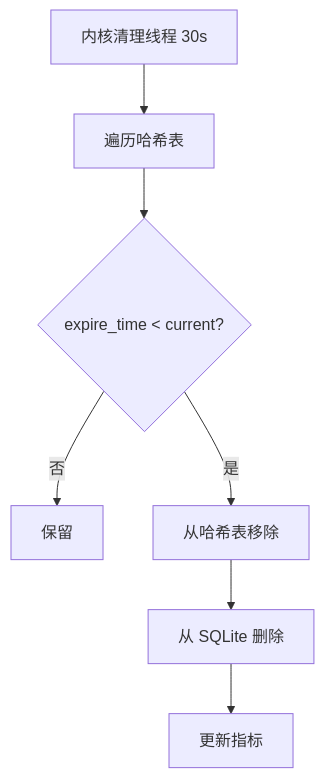
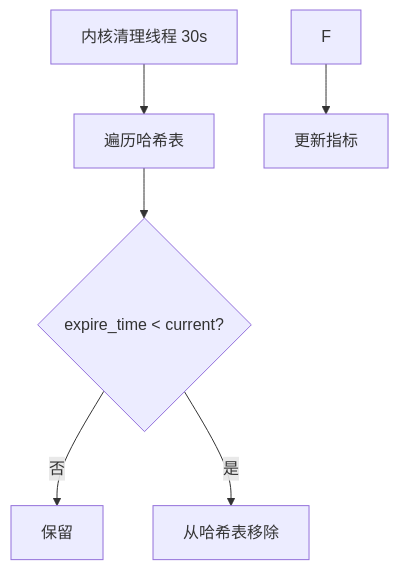
Before and after one commit to SnowCore8/linux-firewall-kmod: the fourth of 7 diagrams in docs/zh/architecture/data-flow.md, drawn with Mermaid. The commit also changed other lines of this file and 39 other files, not shown here.

````diff
--- a/docs/zh/architecture/data-flow.md
+++ b/docs/zh/architecture/data-flow.md
@@ -59,9 +57,8 @@
 ```mermaid
 graph TB
     A["内核清理线程 30s"] --> B["遍历哈希表"]
     B --> C{"expire_time < current?"}
     C -->|否| D["保留"]
     C -->|是| E["从哈希表移除"]
-    E --> F["从 SQLite 删除"]
-    F --> G["更新指标"]
+        F --> G["更新指标"]
 ```
````
